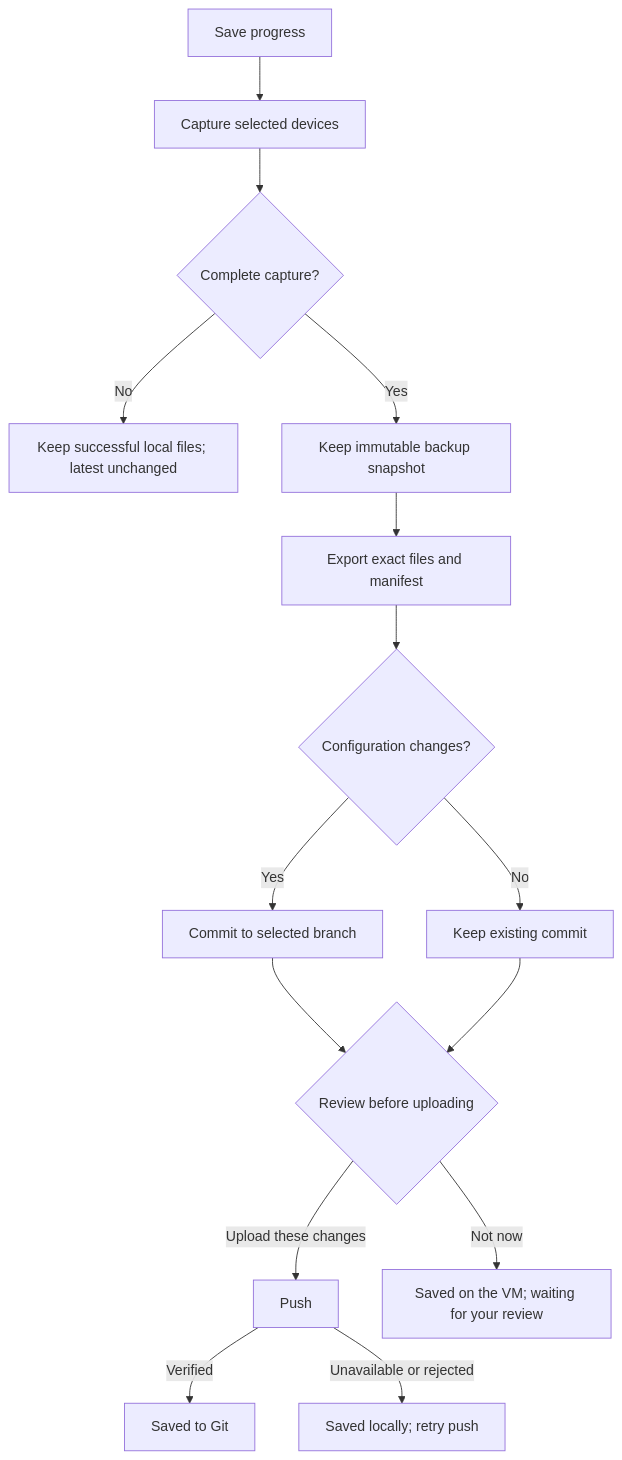
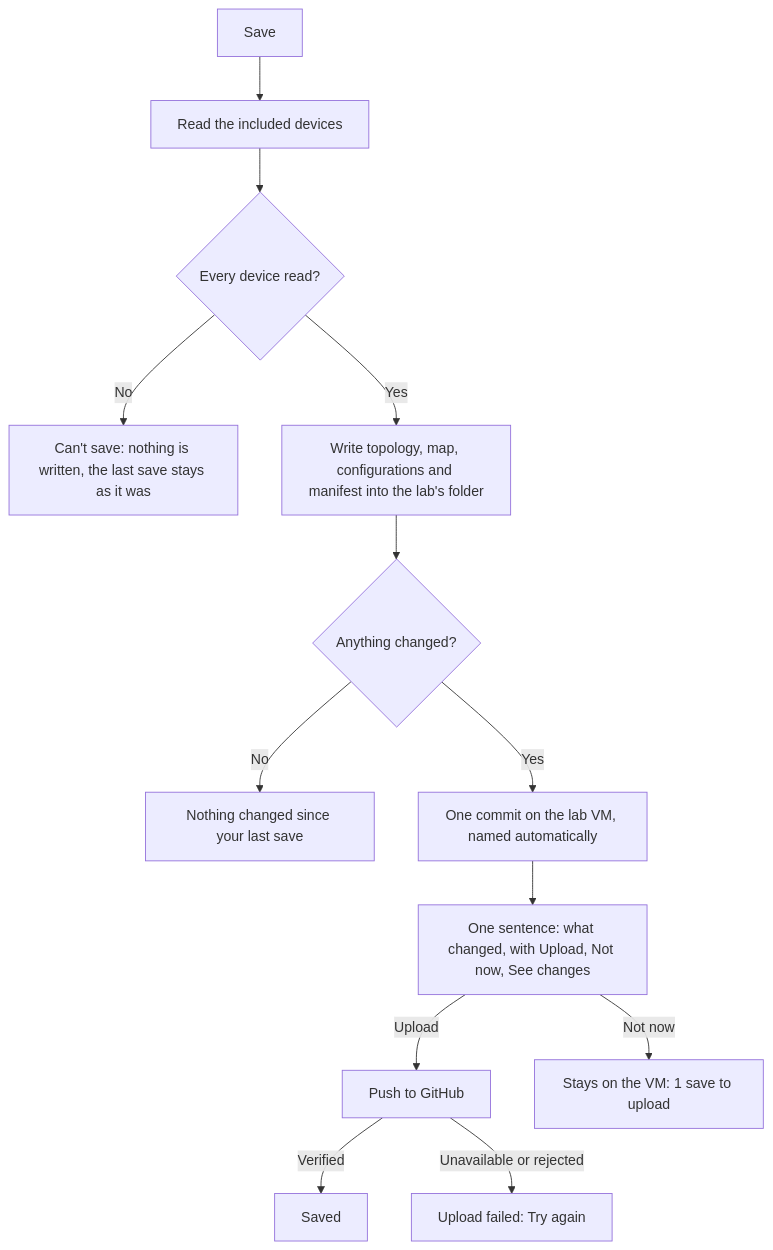
Before and after one commit to ArchRuger/CLAB-BACKUP-WORKER-v2: the first of 3 diagrams in docs/GIT-PROGRESS.md, drawn with Mermaid. The commit also changed other lines of this file, not shown here.

First line of the commit message:
D1: GIT-PROGRESS.md rewritten for the Save / Load / lab-state model

````diff
--- a/docs/GIT-PROGRESS.md
+++ b/docs/GIT-PROGRESS.md
@@ -19,17 +118,15 @@
 ```mermaid
 flowchart TD
-    A[Save progress] --> B[Capture selected devices]
-    B --> C{Complete capture?}
-    C -- No --> D[Keep successful local files; latest unchanged]
-    C -- Yes --> E[Keep immutable backup snapshot]
-    E --> F[Export exact files and manifest]
-    F --> G{Configuration changes?}
-    G -- Yes --> H[Commit to selected branch]
-    G -- No --> I[Keep existing commit]
-    H --> R{Review before uploading}
-    R -- Upload these changes --> J[Push]
-    R -- Not now --> M[Saved on the VM; waiting for your review]
-    I --> R
-    J -- Verified --> K[Saved to Git]
-    J -- Unavailable or rejected --> L[Saved locally; retry push]
+    A[Save] --> B[Read the included devices]
+    B --> C{Every device read?}
+    C -- No --> D[Can't save: nothing is written, the last save stays as it was]
+    C -- Yes --> E[Write topology, map, configurations and manifest into the lab's folder]
+    E --> F{Anything changed?}
+    F -- No --> G[Nothing changed since your last save]
+    F -- Yes --> H[One commit on the lab VM, named automatically]
+    H --> I[One sentence: what changed, with Upload, Not now, See changes]
+    I -- Upload --> J[Push to GitHub]
+    I -- Not now --> K[Stays on the VM: 1 save to upload]
+    J -- Verified --> L[Saved]
+    J -- Unavailable or rejected --> M[Upload failed: Try again]
 ```
````
